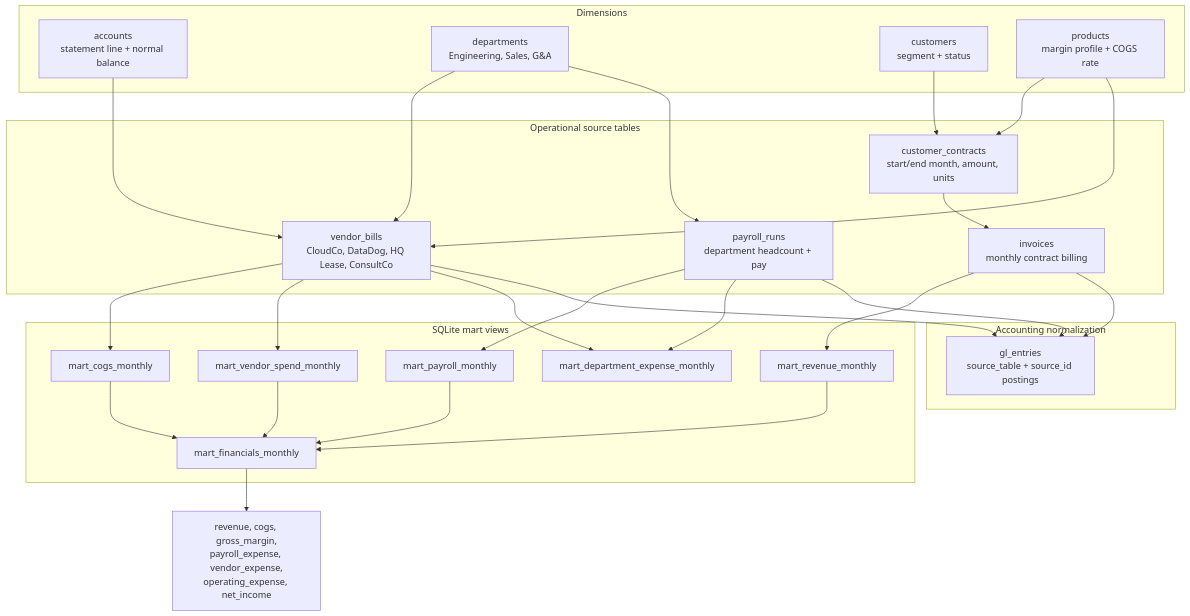
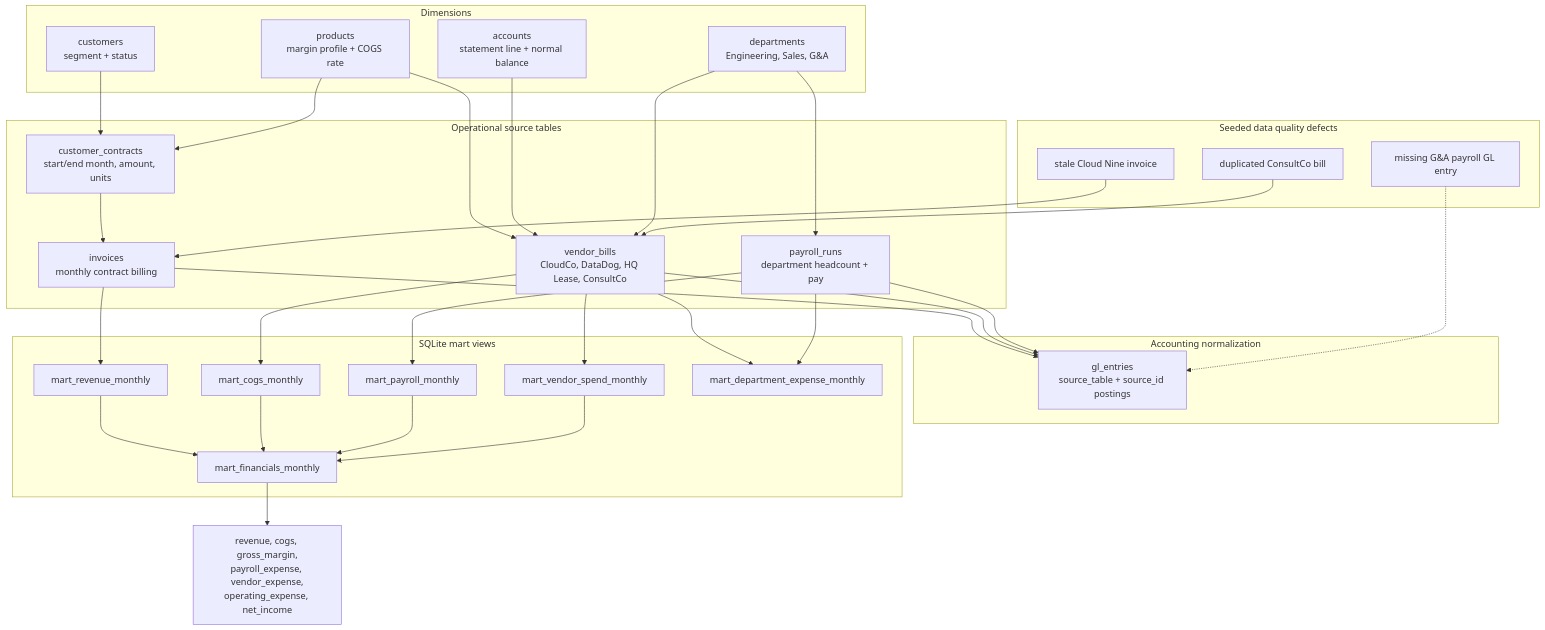
One commit to gustavorubim/sql-da changed the fourth of 8 diagrams in README.md. Above: the diagram before and after it, drawn with Mermaid. The commit also changed other lines of this file and 15 other files, not shown here.

First line of the commit message:
docs: Update README with data quality features and adjusted demo dataset

````diff
--- a/README.md
+++ b/README.md
@@ -250,55 +270,64 @@
 ```mermaid
 flowchart TB
     subgraph Dims["Dimensions"]
         Accounts["accounts<br/>statement line + normal balance"]
         Departments["departments<br/>Engineering, Sales, G&A"]
         Customers["customers<br/>segment + status"]
         Products["products<br/>margin profile + COGS rate"]
     end
 
     subgraph Sources["Operational source tables"]
         Contracts["customer_contracts<br/>start/end month, amount, units"]
-        Invoices["invoices<br/>monthly contract billing"]
-        Bills["vendor_bills<br/>CloudCo, DataDog, HQ Lease, ConsultCo"]
-        Payroll["payroll_runs<br/>department headcount + pay"]
+    Invoices["invoices<br/>monthly contract billing"]
+    Bills["vendor_bills<br/>CloudCo, DataDog, HQ Lease, ConsultCo"]
+    Payroll["payroll_runs<br/>department headcount + pay"]
     end
 
     subgraph Accounting["Accounting normalization"]
         GL["gl_entries<br/>source_table + source_id postings"]
     end
 
     subgraph Marts["SQLite mart views"]
         Revenue["mart_revenue_monthly"]
         COGS["mart_cogs_monthly"]
         PayrollMart["mart_payroll_monthly"]
         VendorSpend["mart_vendor_spend_monthly"]
         DeptExpense["mart_department_expense_monthly"]
         Financials["mart_financials_monthly"]
     end
 
+    subgraph Quality["Seeded data quality defects"]
+        StaleInvoice["stale Cloud Nine invoice"]
+        DuplicateBill["duplicated ConsultCo bill"]
+        MissingGL["missing G&A payroll GL entry"]
+    end
+
     Customers --> Contracts
     Products --> Contracts
     Contracts --> Invoices
+    StaleInvoice --> Invoices
     Invoices --> Revenue
     Invoices --> GL
 
     Products --> Bills
     Accounts --> Bills
     Departments --> Bills
+    DuplicateBill --> Bills
     Bills --> COGS
     Bills --> VendorSpend
     Bills --> DeptExpense
     Bills --> GL
 
     Departments --> Payroll
     Payroll --> PayrollMart
     Payroll --> DeptExpense
     Payroll --> GL
+    MissingGL -.-> GL
 
     Revenue --> Financials
     COGS --> Financials
     PayrollMart --> Financials
     VendorSpend --> Financials
 
     Financials --> Metrics["revenue, cogs, gross_margin,<br/>payroll_expense, vendor_expense,<br/>operating_expense, net_income"]
 ```
````
